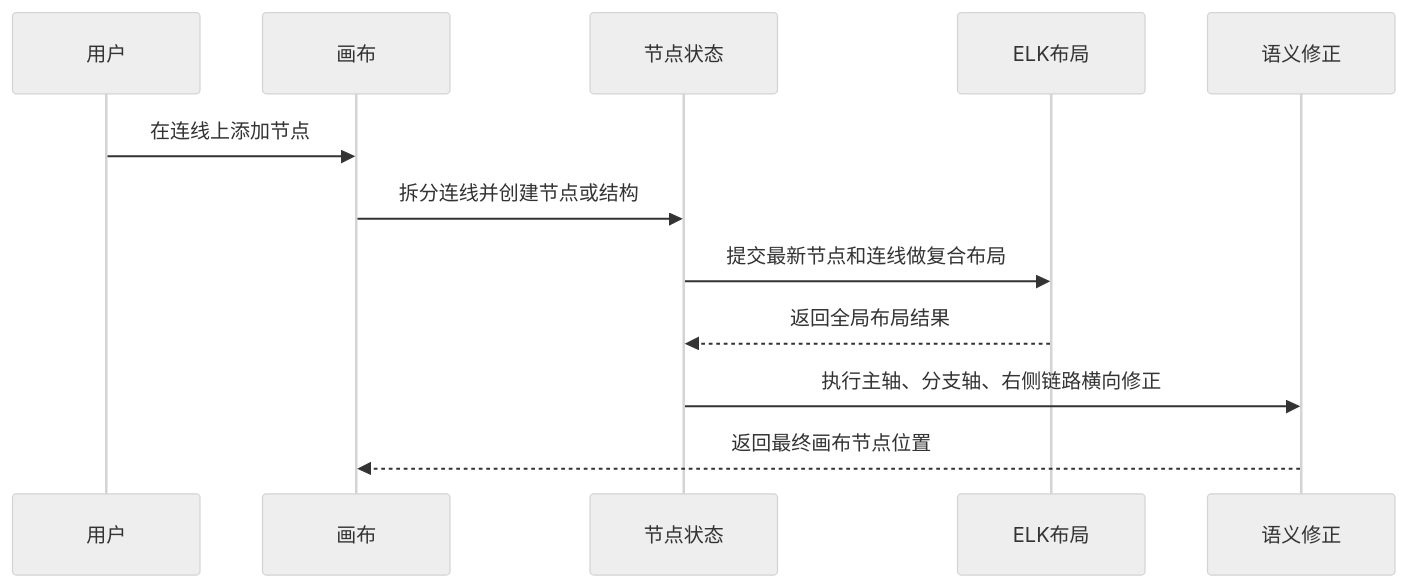
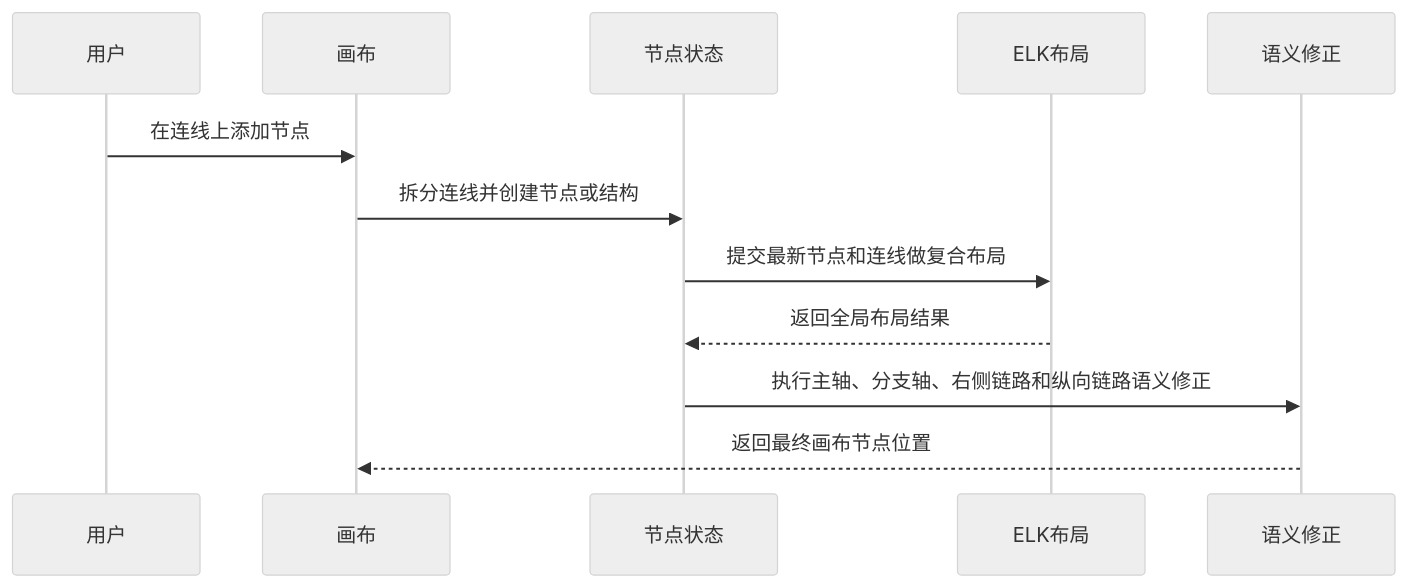
Diagram 22 of 32 in front/doc/2026年6月文档/连接流配置需求设计说明书.md (THZSummer/open-app), drawn with Mermaid (neutral theme) before and after one commit. The commit also changed other lines of this file and 2 other files, not shown here.

````diff
--- a/front/doc/2026年6月文档/连接流配置需求设计说明书.md
+++ b/front/doc/2026年6月文档/连接流配置需求设计说明书.md
@@ -644,14 +1009,14 @@
 ```mermaid
 sequenceDiagram
   participant User as 用户
   participant Canvas as 画布
   participant Store as 节点状态
   participant Elk as ELK布局
   participant Semantic as 语义修正
   User->>Canvas: 在连线上添加节点
   Canvas->>Store: 拆分连线并创建节点或结构
   Store->>Elk: 提交最新节点和连线做复合布局
   Elk-->>Store: 返回全局布局结果
-  Store->>Semantic: 执行主轴、分支轴、右侧链路横向修正
+  Store->>Semantic: 执行主轴、分支轴、右侧链路和纵向链路语义修正
   Semantic-->>Canvas: 返回最终画布节点位置
 ```
````
